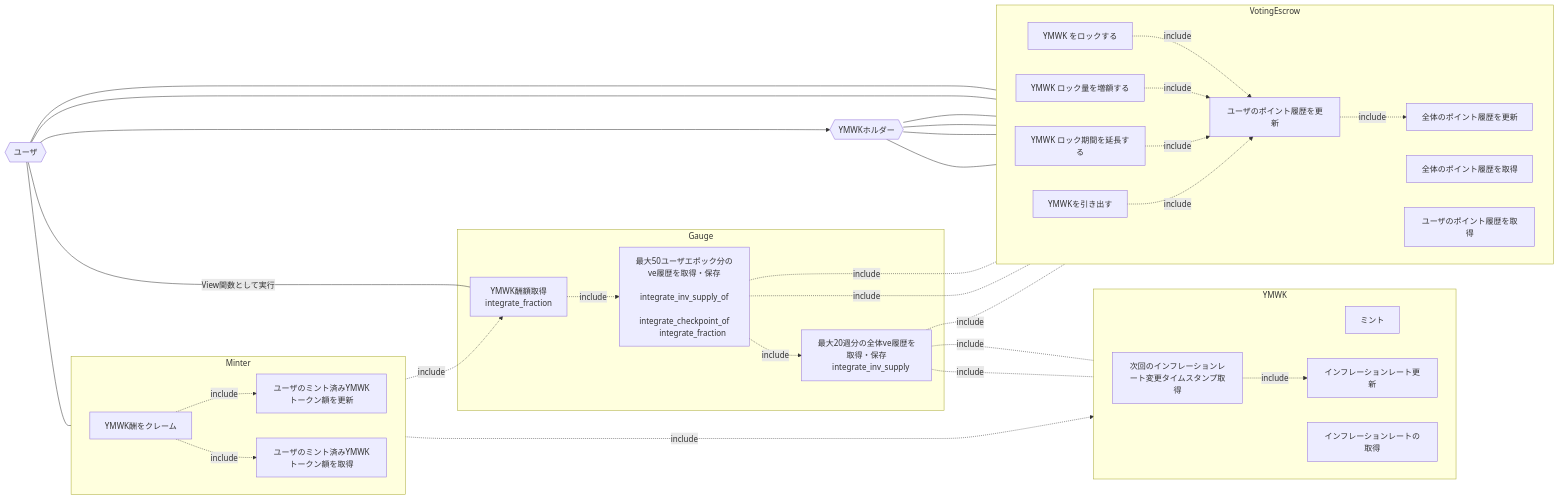
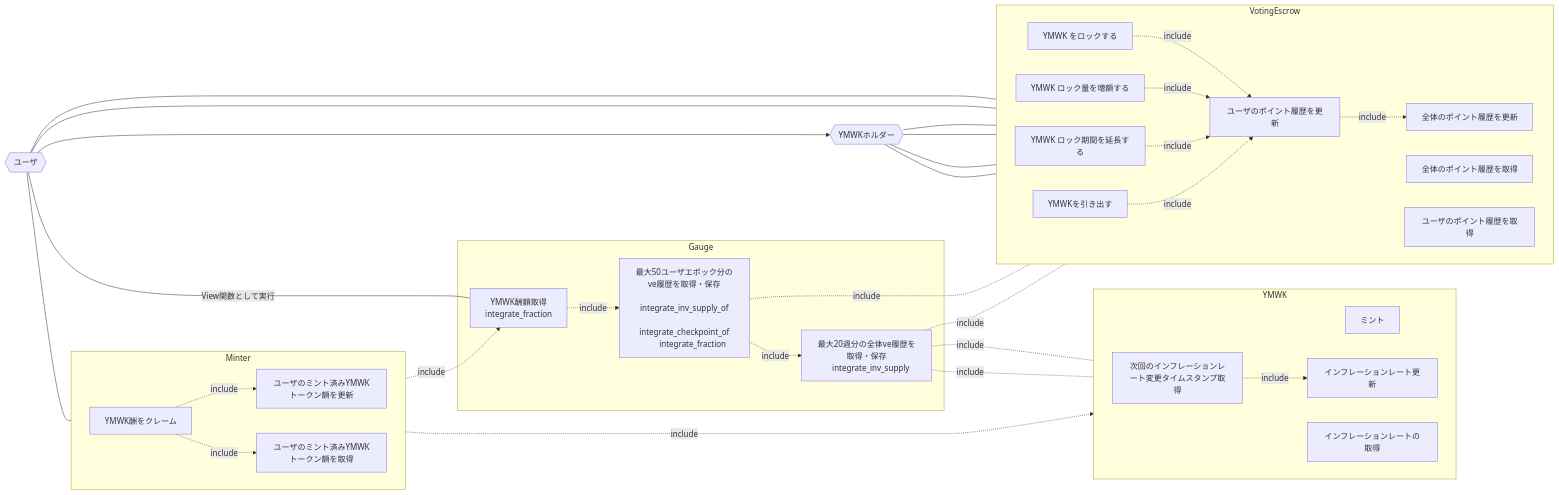
Before and after one commit to DeFiGeek-Community/yamawake: the diagram in doc/ja/VotingEscrow/usecase.md, drawn with Mermaid.

Commit message:
Updated docs for VotingEscrow #16

```diff
--- a/doc/ja/VotingEscrow/usecase.md
+++ b/doc/ja/VotingEscrow/usecase.md
@@ -84,7 +84,6 @@
 
     future_epoch_time_write -.->|include| update_rate
 
-    integral_of -.-|include| ve_total_supply
     integral_of -.-|include| ve_user_balance
     integral -.-|include| ve_total_supply
     integral -.-|include| rate
```
